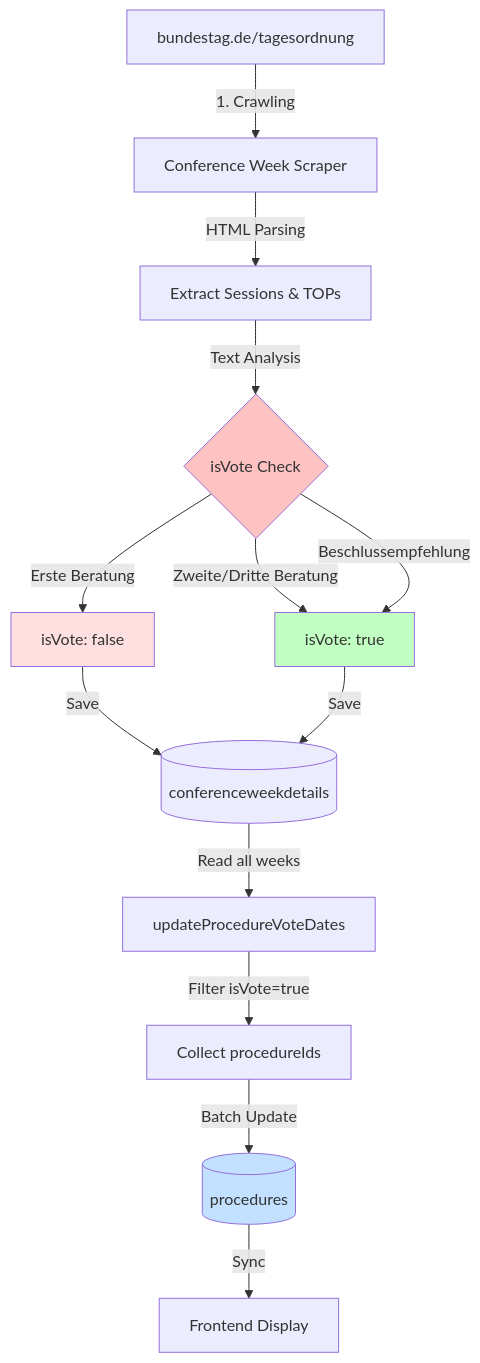
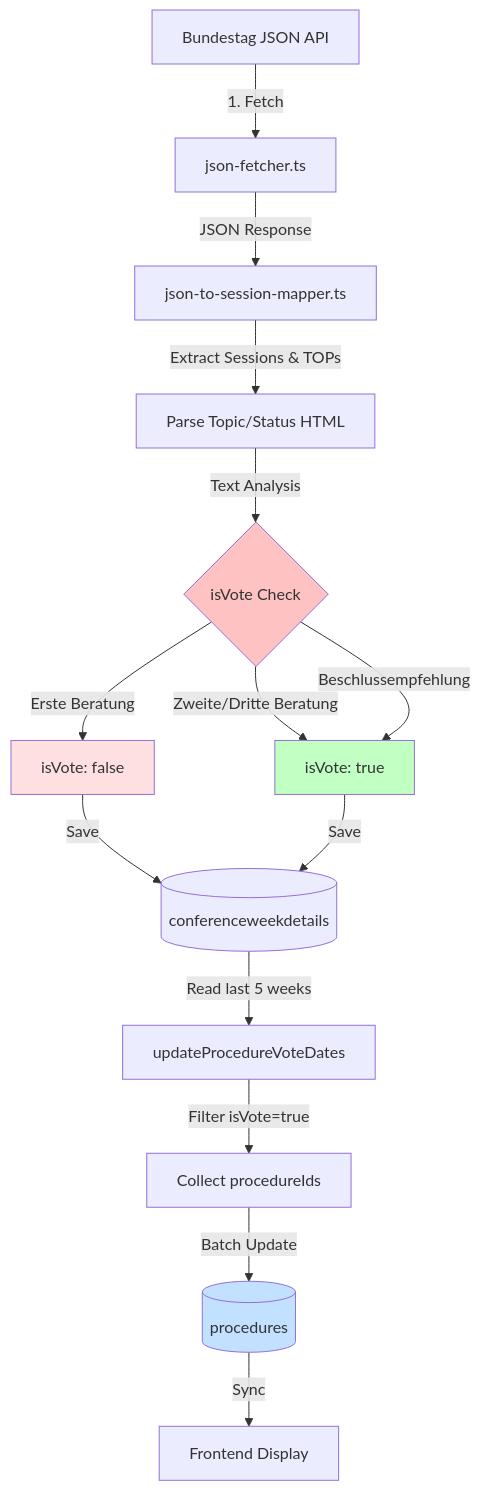
One commit to demokratie-live/democracy-development changed the first of 5 diagrams in services/cron-jobs/import-conference-week-details/docs/votedate-flow.md. Above: the diagram before and after it, drawn with Mermaid. The commit also changed other lines of this file and 19 other files, not shown here.

First line of the commit message:
feat: Implement JSON fetching and mapping for conference week details

````diff
--- a/services/cron-jobs/import-conference-week-details/docs/votedate-flow.md
+++ b/services/cron-jobs/import-conference-week-details/docs/votedate-flow.md
@@ -60,20 +64,21 @@
 ```mermaid
 flowchart TD
-    A[bundestag.de/tagesordnung] -->|1. Crawling| B[Conference Week Scraper]
-    B -->|HTML Parsing| C[Extract Sessions & TOPs]
-    C -->|Text Analysis| D{isVote Check}
-    D -->|"Erste Beratung"| E[isVote: false]
-    D -->|"Zweite/Dritte Beratung"| F[isVote: true]
-    D -->|"Beschlussempfehlung"| F
-    E -->|Save| G[(conferenceweekdetails)]
-    F -->|Save| G
-    G -->|Read all weeks| H[updateProcedureVoteDates]
-    H -->|Filter isVote=true| I[Collect procedureIds]
-    I -->|Batch Update| J[(procedures)]
-    J -->|Sync| K[Frontend Display]
+    A[Bundestag JSON API] -->|1. Fetch| B[json-fetcher.ts]
+    B -->|JSON Response| C[json-to-session-mapper.ts]
+    C -->|Extract Sessions & TOPs| D[Parse Topic/Status HTML]
+    D -->|Text Analysis| E{isVote Check}
+    E -->|"Erste Beratung"| F[isVote: false]
+    E -->|"Zweite/Dritte Beratung"| G[isVote: true]
+    E -->|"Beschlussempfehlung"| G
+    F -->|Save| H[(conferenceweekdetails)]
+    G -->|Save| H
+    H -->|Read last 5 weeks| I[updateProcedureVoteDates]
+    I -->|Filter isVote=true| J[Collect procedureIds]
+    J -->|Batch Update| K[(procedures)]
+    K -->|Sync| L[Frontend Display]
 
-    style D fill:#ff999999
-    style F fill:#99ff9999
-    style E fill:#ffcccc99
-    style J fill:#99ccff99
+    style E fill:#ff999999
+    style G fill:#99ff9999
+    style F fill:#ffcccc99
+    style K fill:#99ccff99
 ```
````
